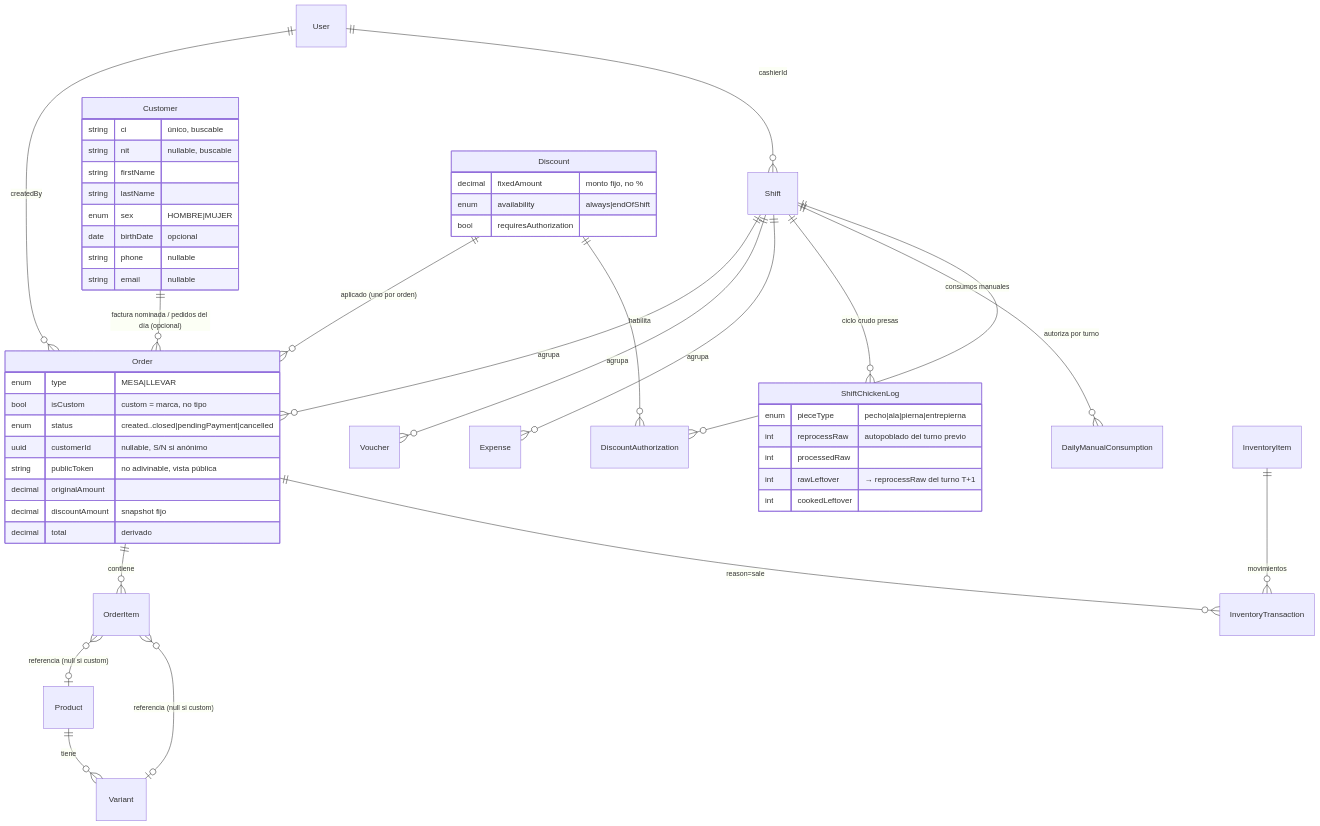
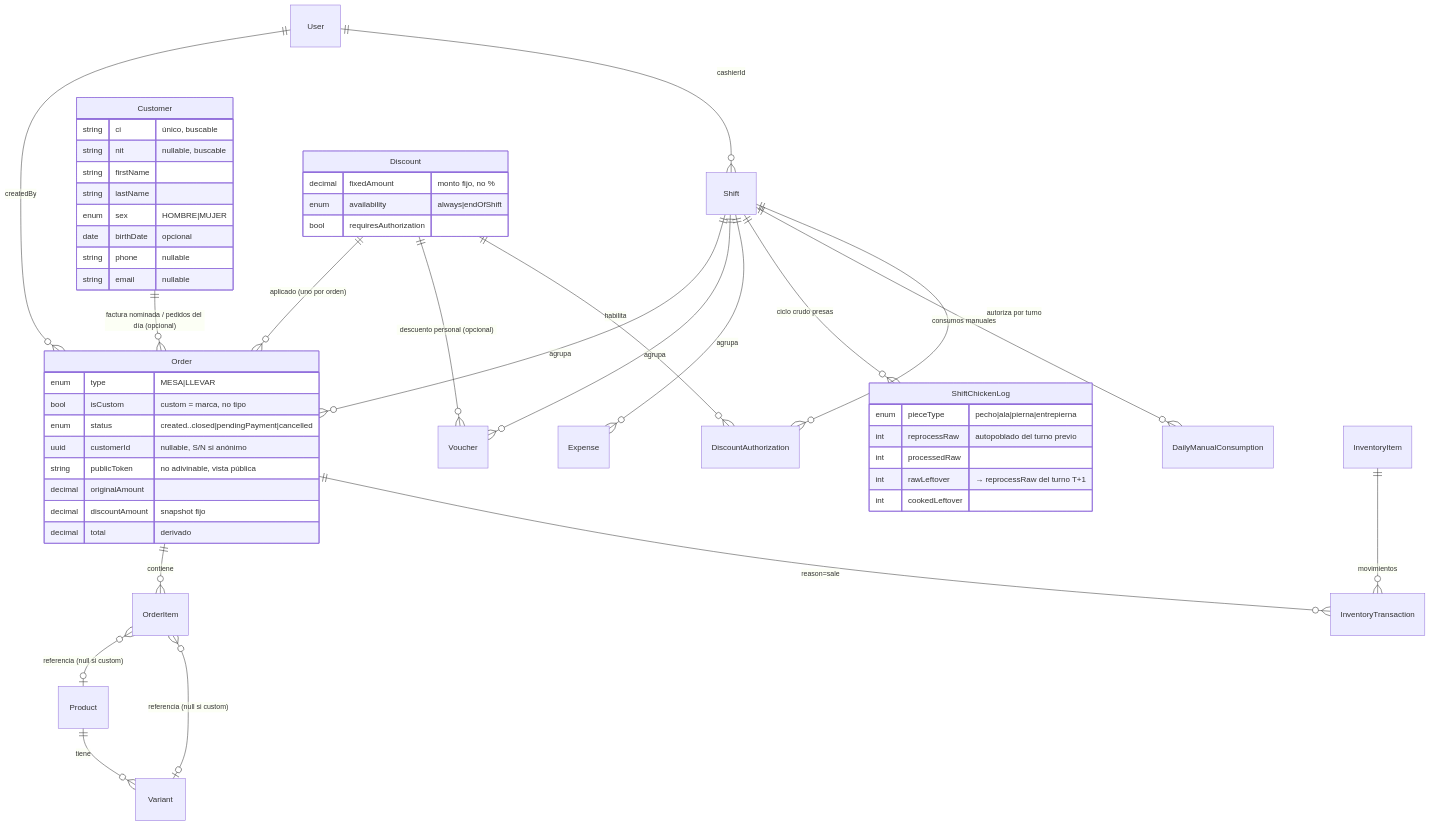
One commit to Santillan-Reyna-Ariel-Angel/wonderchicken-docs changed the first of 2 diagrams in docs/technical_guide.md. Above: the diagram before and after it, drawn with Mermaid. The commit also changed other lines of this file and 2 other files, not shown here.

````diff
--- a/docs/technical_guide.md
+++ b/docs/technical_guide.md
@@ -221,53 +226,54 @@
 ```mermaid
 erDiagram
     Product ||--o{ Variant : tiene
     Order ||--o{ OrderItem : contiene
     OrderItem }o--o| Product : "referencia (null si custom)"
     OrderItem }o--o| Variant : "referencia (null si custom)"
     Shift ||--o{ Order : agrupa
     Customer ||--o{ Order : "factura nominada / pedidos del día (opcional)"
     Shift ||--o{ Voucher : agrupa
     Shift ||--o{ Expense : agrupa
     Shift ||--o{ ShiftChickenLog : "ciclo crudo presas"
     Shift ||--o{ DailyManualConsumption : "consumos manuales"
     Shift ||--o{ DiscountAuthorization : "autoriza por turno"
     Discount ||--o{ Order : "aplicado (uno por orden)"
+    Discount ||--o{ Voucher : "descuento personal (opcional)"
     Discount ||--o{ DiscountAuthorization : habilita
     InventoryItem ||--o{ InventoryTransaction : "movimientos"
     Order ||--o{ InventoryTransaction : "reason=sale"
     User ||--o{ Order : "createdBy"
     User ||--o{ Shift : "cashierId"
 
     Order {
         enum type "MESA|LLEVAR"
         bool isCustom "custom = marca, no tipo"
         enum status "created..closed|pendingPayment|cancelled"
         uuid customerId "nullable, S/N si anónimo"
         string publicToken "no adivinable, vista pública"
         decimal originalAmount
         decimal discountAmount "snapshot fijo"
         decimal total "derivado"
     }
     Customer {
         string ci "único, buscable"
         string nit "nullable, buscable"
         string firstName
         string lastName
         enum sex "HOMBRE|MUJER"
         date birthDate "opcional"
         string phone "nullable"
         string email "nullable"
     }
     Discount {
         decimal fixedAmount "monto fijo, no %"
         enum availability "always|endOfShift"
         bool requiresAuthorization
     }
     ShiftChickenLog {
         enum pieceType "pecho|ala|pierna|entrepierna"
         int reprocessRaw "autopoblado del turno previo"
         int processedRaw
         int rawLeftover "→ reprocessRaw del turno T+1"
         int cookedLeftover
     }
 ```
````
